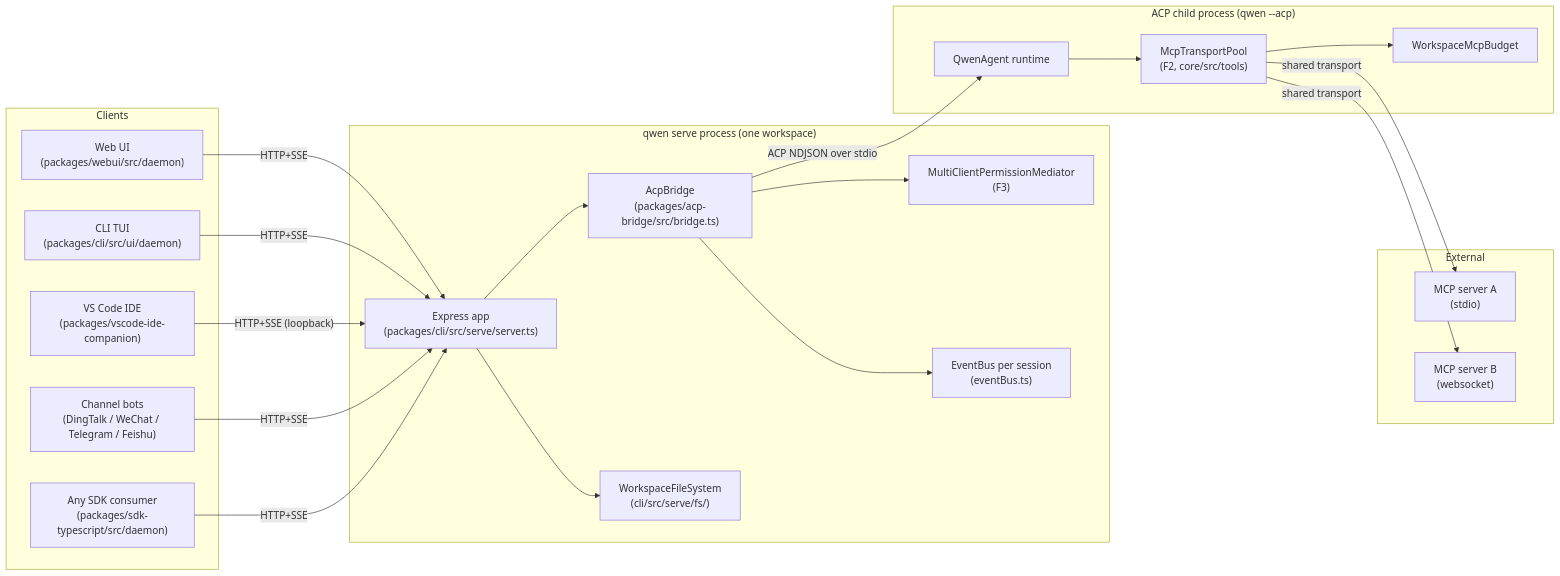
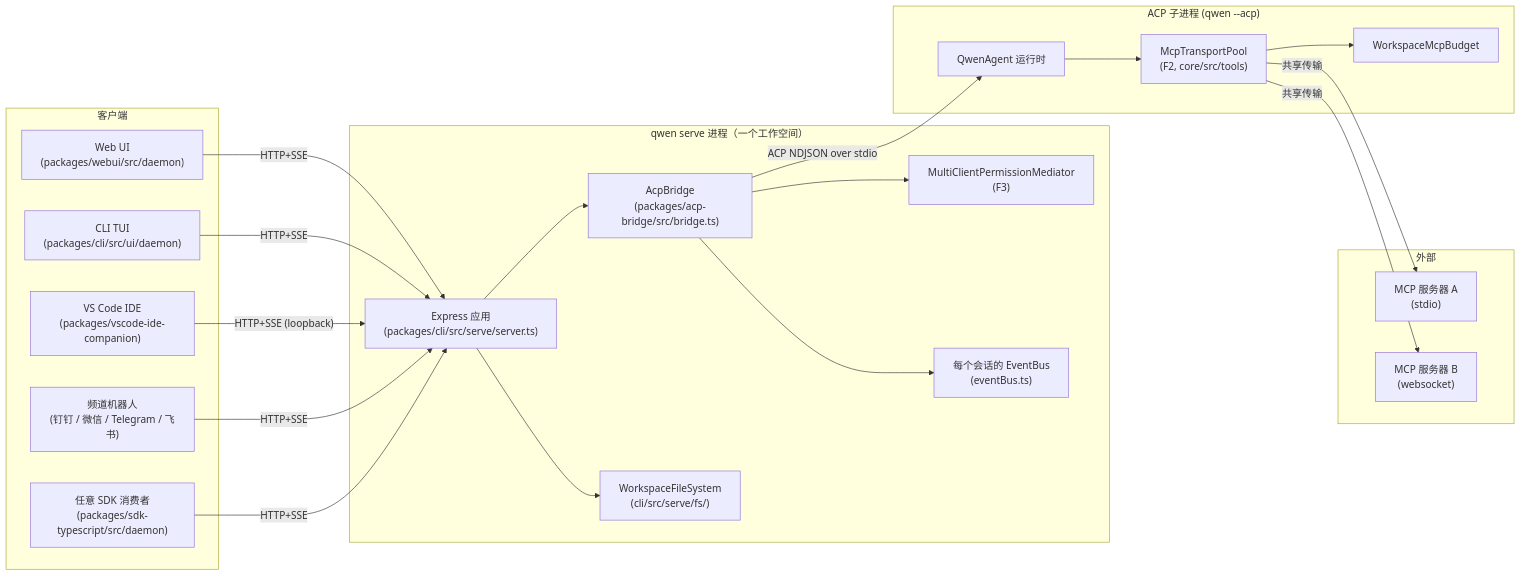
Before and after one commit to QwenLM/qwen-code-docs: the first of 7 diagrams in website/content/zh/developers/daemon/01-architecture.md, drawn with Mermaid. The commit also changed other lines of this file and 1077 other files, not shown here.

````diff
--- a/website/content/zh/developers/daemon/01-architecture.md
+++ b/website/content/zh/developers/daemon/01-architecture.md
@@ -13,46 +13,46 @@
 ```mermaid
 flowchart LR
-    subgraph clients["Clients"]
+    subgraph clients["客户端"]
         WUI["Web UI<br/>(packages/webui/src/daemon)"]
         TUI["CLI TUI<br/>(packages/cli/src/ui/daemon)"]
         IDE["VS Code IDE<br/>(packages/vscode-ide-companion)"]
-        CH["Channel bots<br/>(DingTalk / WeChat / Telegram / Feishu)"]
-        SDK["Any SDK consumer<br/>(packages/sdk-typescript/src/daemon)"]
+        CH["频道机器人<br/>(钉钉 / 微信 / Telegram / 飞书)"]
+        SDK["任意 SDK 消费者<br/>(packages/sdk-typescript/src/daemon)"]
     end
 
-    subgraph daemon["qwen serve process (one workspace)"]
-        EXP["Express app<br/>(packages/cli/src/serve/server.ts)"]
+    subgraph daemon["qwen serve 进程（一个工作空间）"]
+        EXP["Express 应用<br/>(packages/cli/src/serve/server.ts)"]
         BR["AcpBridge<br/>(packages/acp-bridge/src/bridge.ts)"]
         MED["MultiClientPermissionMediator<br/>(F3)"]
-        EB["EventBus per session<br/>(eventBus.ts)"]
+        EB["每个会话的 EventBus<br/>(eventBus.ts)"]
         FS["WorkspaceFileSystem<br/>(cli/src/serve/fs/)"]
     end
 
-    subgraph child["ACP child process (qwen --acp)"]
-        AGT["QwenAgent runtime"]
+    subgraph child["ACP 子进程 (qwen --acp)"]
+        AGT["QwenAgent 运行时"]
         POOL["McpTransportPool<br/>(F2, core/src/tools)"]
         BDG["WorkspaceMcpBudget"]
     end
 
-    subgraph external["External"]
-        MCP1["MCP server A<br/>(stdio)"]
-        MCP2["MCP server B<br/>(websocket)"]
+    subgraph external["外部"]
+        MCP1["MCP 服务器 A<br/>(stdio)"]
+        MCP2["MCP 服务器 B<br/>(websocket)"]
     end
 
     WUI -- "HTTP+SSE" --> EXP
     TUI -- "HTTP+SSE" --> EXP
     IDE -- "HTTP+SSE (loopback)" --> EXP
     CH -- "HTTP+SSE" --> EXP
     SDK -- "HTTP+SSE" --> EXP
 
     EXP --> BR
     BR --> MED
     BR --> EB
     EXP --> FS
 
     BR -- "ACP NDJSON over stdio" --> AGT
     AGT --> POOL
     POOL --> BDG
-    POOL -- "shared transport" --> MCP1
-    POOL -- "shared transport" --> MCP2
+    POOL -- "共享传输" --> MCP1
+    POOL -- "共享传输" --> MCP2
 ```
````
